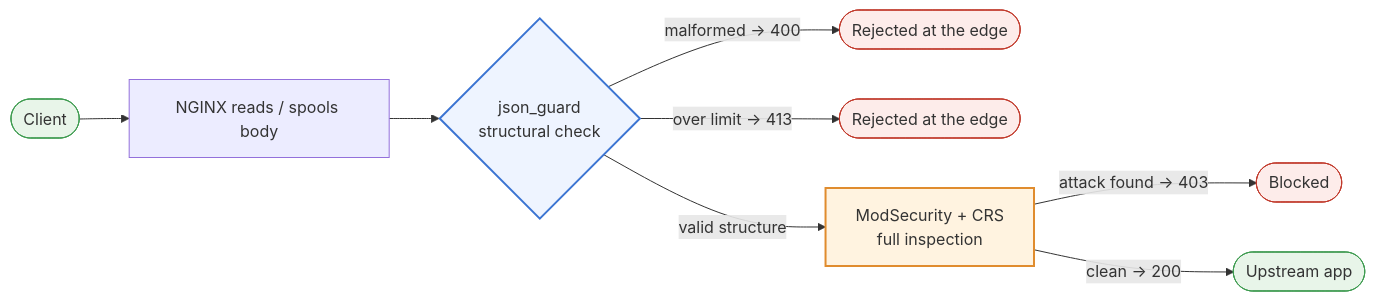
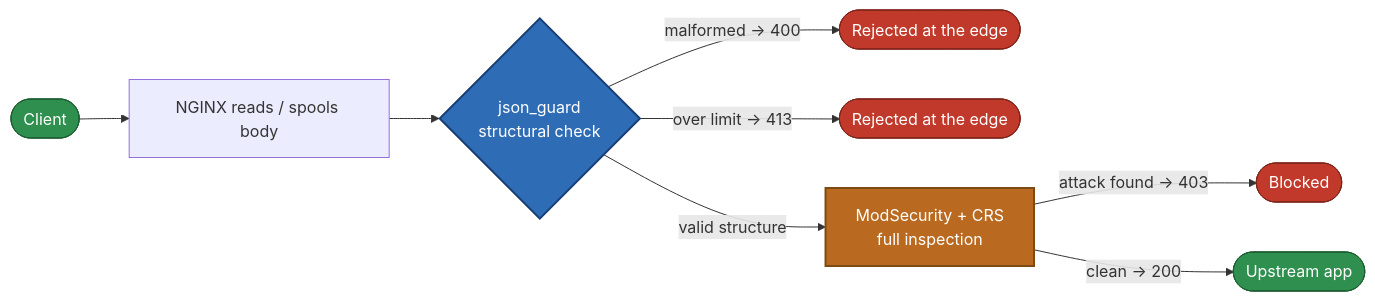
Before and after one commit to Vulcanite/ngx_json_guard: the diagram in docs-site/docs/intro/why.md, drawn with Mermaid. The commit also changed 3 other files, not shown here.

Commit message:
Fix dark-mode Mermaid readability: theme-agnostic node colors, drop shared themeVariables

````diff
--- a/docs-site/docs/intro/why.md
+++ b/docs-site/docs/intro/why.md
@@ -42,17 +42,17 @@
 ```mermaid
 flowchart LR
     C([Client]) --> N[NGINX reads / spools body]
     N --> G{json_guard<br/>structural check}
     G -- "malformed → 400" --> X1([Rejected at the edge])
     G -- "over limit → 413" --> X2([Rejected at the edge])
     G -- "valid structure" --> M[ModSecurity + CRS<br/>full inspection]
     M -- "attack found → 403" --> X3([Blocked])
     M -- "clean → 200" --> U([Upstream app])
-    style G fill:#eef4ff,stroke:#3b74d2,stroke-width:2px
-    style M fill:#fff3e0,stroke:#e08c2e,stroke-width:2px
-    style C fill:#e8f5e9,stroke:#3d9a4f
-    style U fill:#e8f5e9,stroke:#3d9a4f
-    style X1 fill:#fdecea,stroke:#c0392b
-    style X2 fill:#fdecea,stroke:#c0392b
-    style X3 fill:#fdecea,stroke:#c0392b
+    style G fill:#2e6db5,stroke:#173d75,color:#ffffff,stroke-width:2px
+    style M fill:#b96a20,stroke:#7d4a13,color:#ffffff,stroke-width:2px
+    style C fill:#2f8f4e,stroke:#1c5c31,color:#ffffff
+    style U fill:#2f8f4e,stroke:#1c5c31,color:#ffffff
+    style X1 fill:#c0392b,stroke:#7d241a,color:#ffffff
+    style X2 fill:#c0392b,stroke:#7d241a,color:#ffffff
+    style X3 fill:#c0392b,stroke:#7d241a,color:#ffffff
 ```
````
